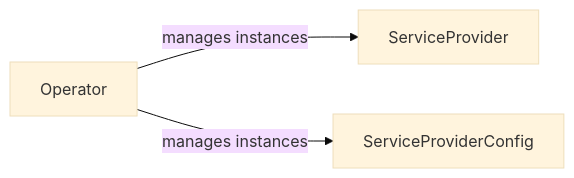
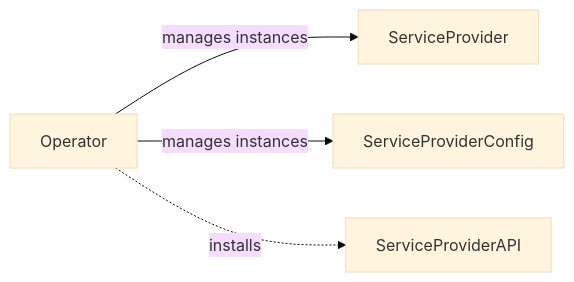
Before and after one commit to openmcp-project/docs: the third of 8 diagrams in docs/about/design/service-provider-design.md, drawn with Mermaid (base theme). The commit also changed other lines of this file, not shown here.

````diff
--- a/docs/about/design/service-provider-design.md
+++ b/docs/about/design/service-provider-design.md
@@ -74,9 +74,11 @@
 ```mermaid
 graph LR
     %% Operator
     OP[Operator]
     SP[ServiceProvider]
+    SPA[ServiceProviderAPI]
     SPC[ServiceProviderConfig]
     OP -->|manages instances|SP
     OP -->|manages instances|SPC
+    OP -. installs .-> SPA
 ```
````
